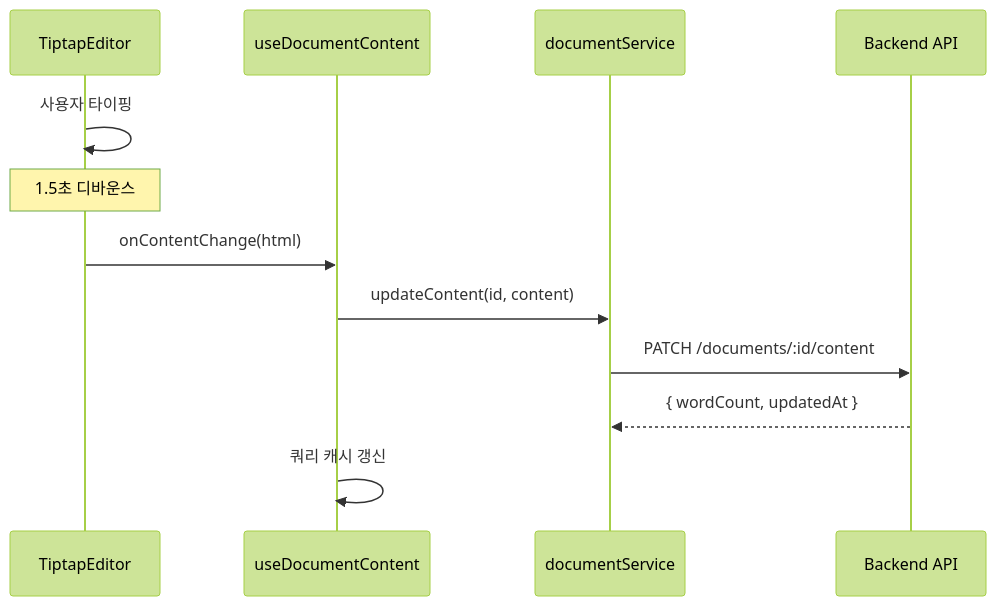
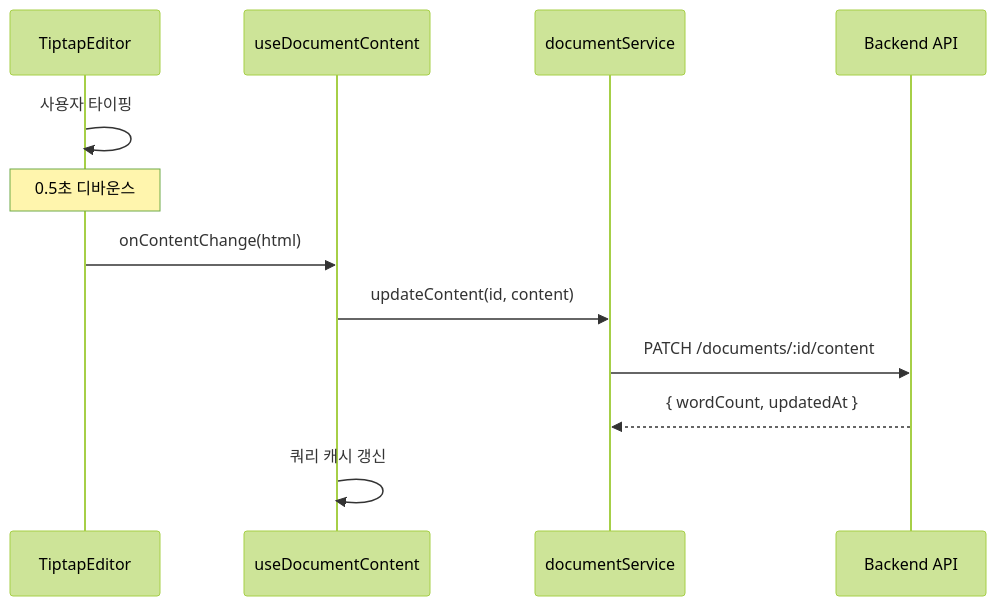
One commit to stolink/stolink_frontend changed the first of 2 diagrams in docs/architecture/ARCHITECTURE.md. Above: the diagram before and after it, drawn with Mermaid (forest theme). The commit also changed other lines of this file and 5 other files, not shown here.

````diff
--- a/docs/architecture/ARCHITECTURE.md
+++ b/docs/architecture/ARCHITECTURE.md
@@ -336,15 +336,15 @@
 ```mermaid
 sequenceDiagram
     participant Editor as TiptapEditor
     participant Hook as useDocumentContent
     participant Service as documentService
     participant API as Backend API
 
     Editor->>Editor: 사용자 타이핑
-    Note over Editor: 1.5초 디바운스
+    Note over Editor: 0.5초 디바운스
     Editor->>Hook: onContentChange(html)
     Hook->>Service: updateContent(id, content)
     Service->>API: PATCH /documents/:id/content
     API-->>Service: { wordCount, updatedAt }
     Hook->>Hook: 쿼리 캐시 갱신
 ```
````
